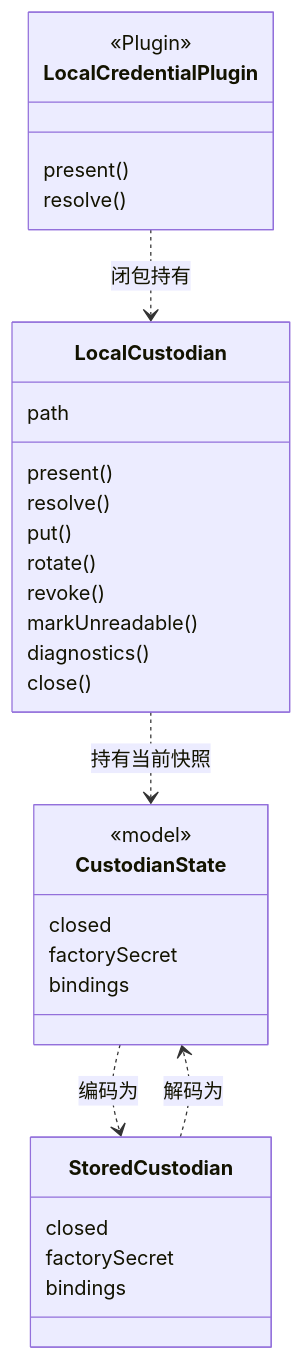
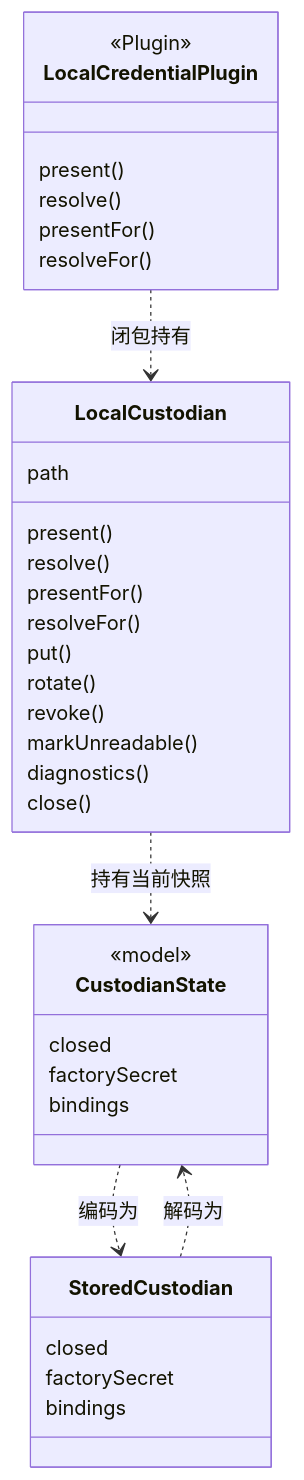
One commit to nemori-ai/omne-harness-lite changed the first of 2 diagrams in packages/model/model-host-local/docs/object-model.md. Above: the diagram before and after it, drawn with Mermaid. The commit also changed other lines of this file and 10 other files, not shown here.

````diff
--- a/packages/model/model-host-local/docs/object-model.md
+++ b/packages/model/model-host-local/docs/object-model.md
@@ -7,34 +7,38 @@
 ```mermaid
 classDiagram
   class LocalCustodian {
     path
     present()
     resolve()
+    presentFor()
+    resolveFor()
     put()
     rotate()
     revoke()
     markUnreadable()
     diagnostics()
     close()
   }
   class CustodianState {
     <<model>>
     closed
     factorySecret
     bindings
   }
   class StoredCustodian {
     closed
     factorySecret
     bindings
   }
   class LocalCredentialPlugin {
     <<Plugin>>
     present()
     resolve()
+    presentFor()
+    resolveFor()
   }
   LocalCustodian ..> CustodianState : 持有当前快照
   CustodianState ..> StoredCustodian : 编码为
   StoredCustodian ..> CustodianState : 解码为
   LocalCredentialPlugin ..> LocalCustodian : 闭包持有
 ```
````
